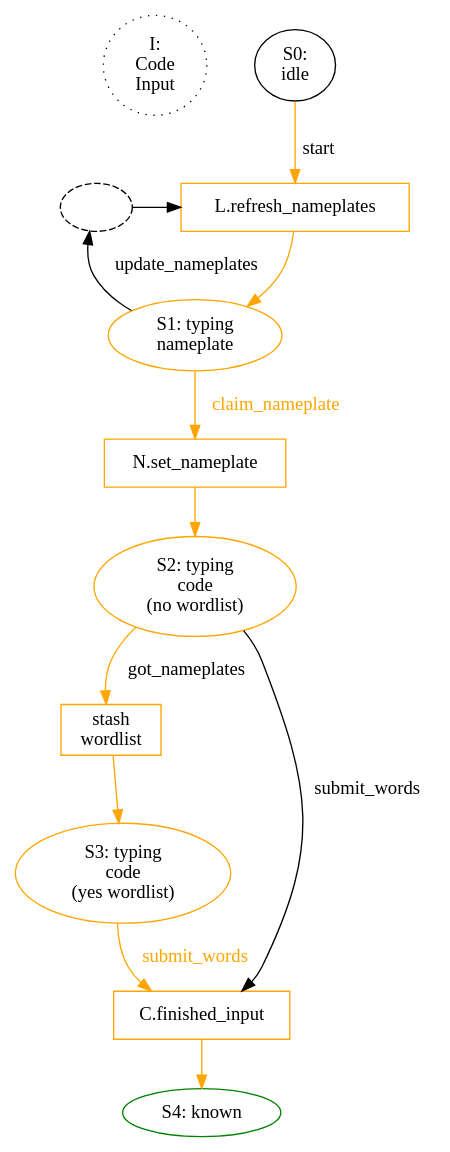
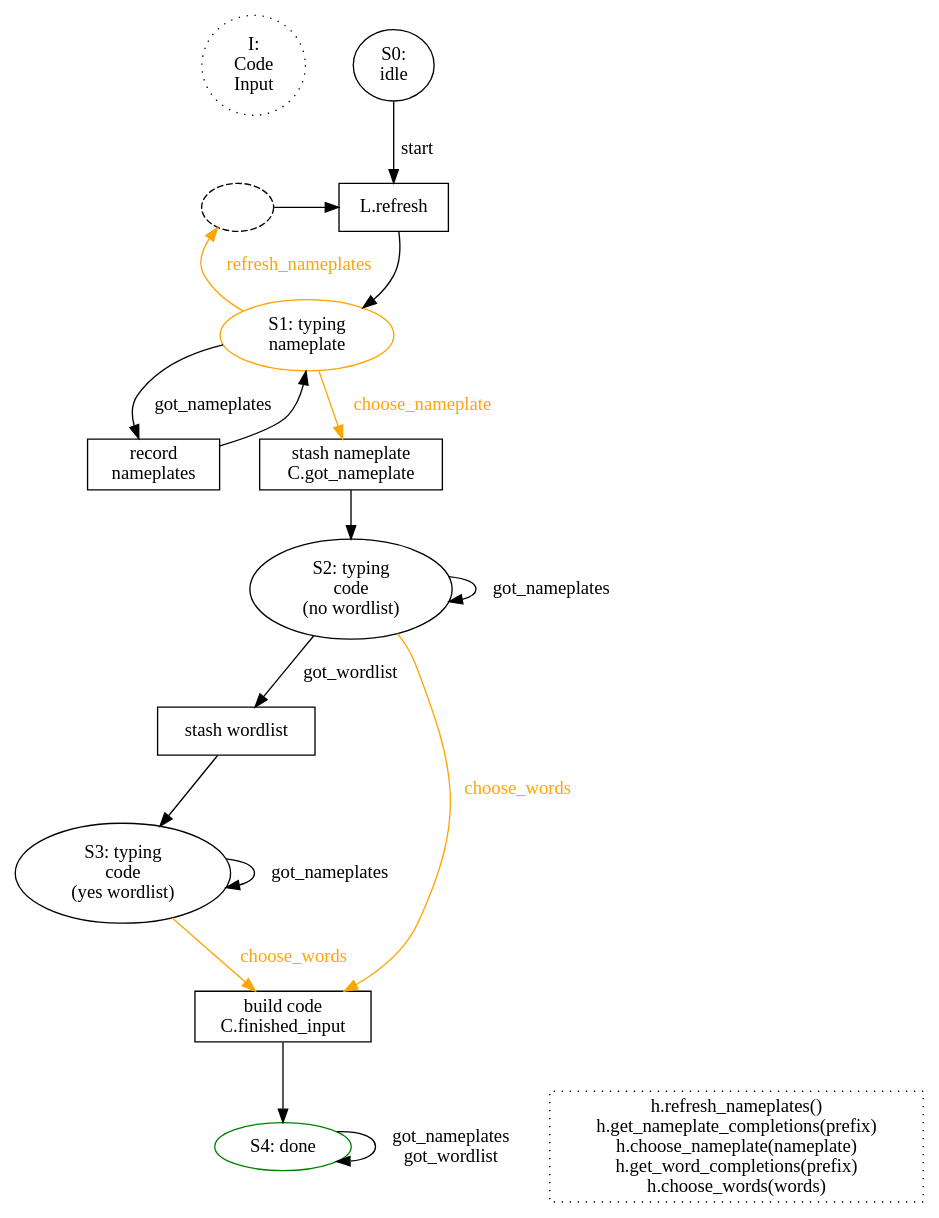
The diagram in docs/state-machines/input.dot (magic-wormhole/magic-wormhole), drawn with Graphviz before and after one commit. The commit also changed 12 other files, not shown here.

```diff
--- a/docs/state-machines/input.dot
+++ b/docs/state-machines/input.dot
@@ -1,32 +1,43 @@
 digraph {
 
         start [label="I:\nCode\nInput" style="dotted"]
         {rank=same; start S0}
         start -> S0 [style="invis"]
         S0 [label="S0:\nidle"]
 
-        S0 -> P0_list_nameplates [label="start" color="orange"]
-        P0_list_nameplates [shape="box" label="L.refresh_nameplates" color="orange"]
-        P0_list_nameplates -> S1 [color="orange"]
+        S0 -> P0_list_nameplates [label="start"]
+        P0_list_nameplates [shape="box" label="L.refresh"]
+        P0_list_nameplates -> S1
         S1 [label="S1: typing\nnameplate" color="orange"]
 
         {rank=same; foo P0_list_nameplates}
-        S1 -> foo [label="update_nameplates"]
+        S1 -> foo [label="refresh_nameplates" color="orange" fontcolor="orange"]
         foo [style="dashed" label=""]
         foo -> P0_list_nameplates
 
-        S1 -> P1_claim [label="claim_nameplate" color="orange" fontcolor="orange"]
-        P1_claim [shape="box" label="N.set_nameplate" color="orange"]
-        P1_claim -> S2 [color="orange"]
-        S2 [label="S2: typing\ncode\n(no wordlist)" color="orange"]
-        S2 -> P2_stash_wordlist [label="got_nameplates" color="orange"]
-        P2_stash_wordlist [shape="box" label="stash\nwordlist" color="orange"]
-        P2_stash_wordlist -> S3 [color="orange"]
-        S2 -> P_done [label="submit_words"]
-        S3 [label="S3: typing\ncode\n(yes wordlist)" color="orange"]
-        S3 -> P_done [label="submit_words" color="orange" fontcolor="orange"]
-        P_done [shape="box" label="C.finished_input" color="orange"]
-        P_done -> S4 [color="orange"]
-        S4 [label="S4: known" color="green"]
+        S1 -> P1_record [label="got_nameplates"]
+        P1_record [shape="box" label="record\nnameplates"]
+        P1_record -> S1
 
+        S1 -> P1_claim [label="choose_nameplate" color="orange" fontcolor="orange"]
+        P1_claim [shape="box" label="stash nameplate\nC.got_nameplate"]
+        P1_claim -> S2
+        S2 [label="S2: typing\ncode\n(no wordlist)"]
+        S2 -> S2 [label="got_nameplates"]
+        S2 -> P2_stash_wordlist [label="got_wordlist"]
+        P2_stash_wordlist [shape="box" label="stash wordlist"]
+        P2_stash_wordlist -> S3
+        S2 -> P_done [label="choose_words" color="orange" fontcolor="orange"]
+        S3 [label="S3: typing\ncode\n(yes wordlist)"]
+        S3 -> S3 [label="got_nameplates"]
+        S3 -> P_done [label="choose_words" color="orange" fontcolor="orange"]
+        P_done [shape="box" label="build code\nC.finished_input"]
+        P_done -> S4
+        S4 [label="S4: done" color="green"]
+        S4 -> S4 [label="got_nameplates\ngot_wordlist"]
+
+        other [shape="box" style="dotted"
+               label="h.refresh_nameplates()\nh.get_nameplate_completions(prefix)\nh.choose_nameplate(nameplate)\nh.get_word_completions(prefix)\nh.choose_words(words)"
+               ]
+        {rank=same; S4 other}
 }
```
